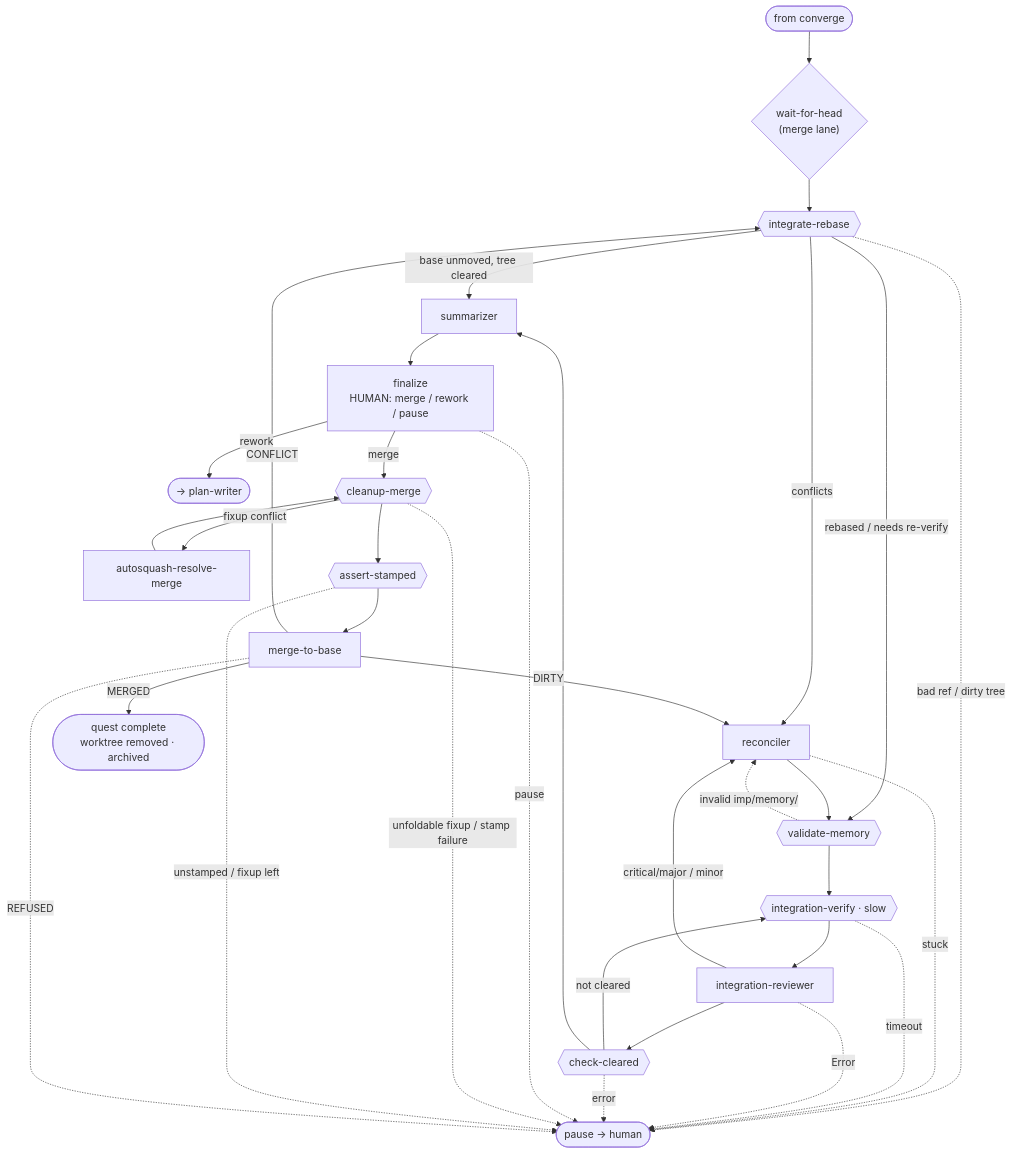
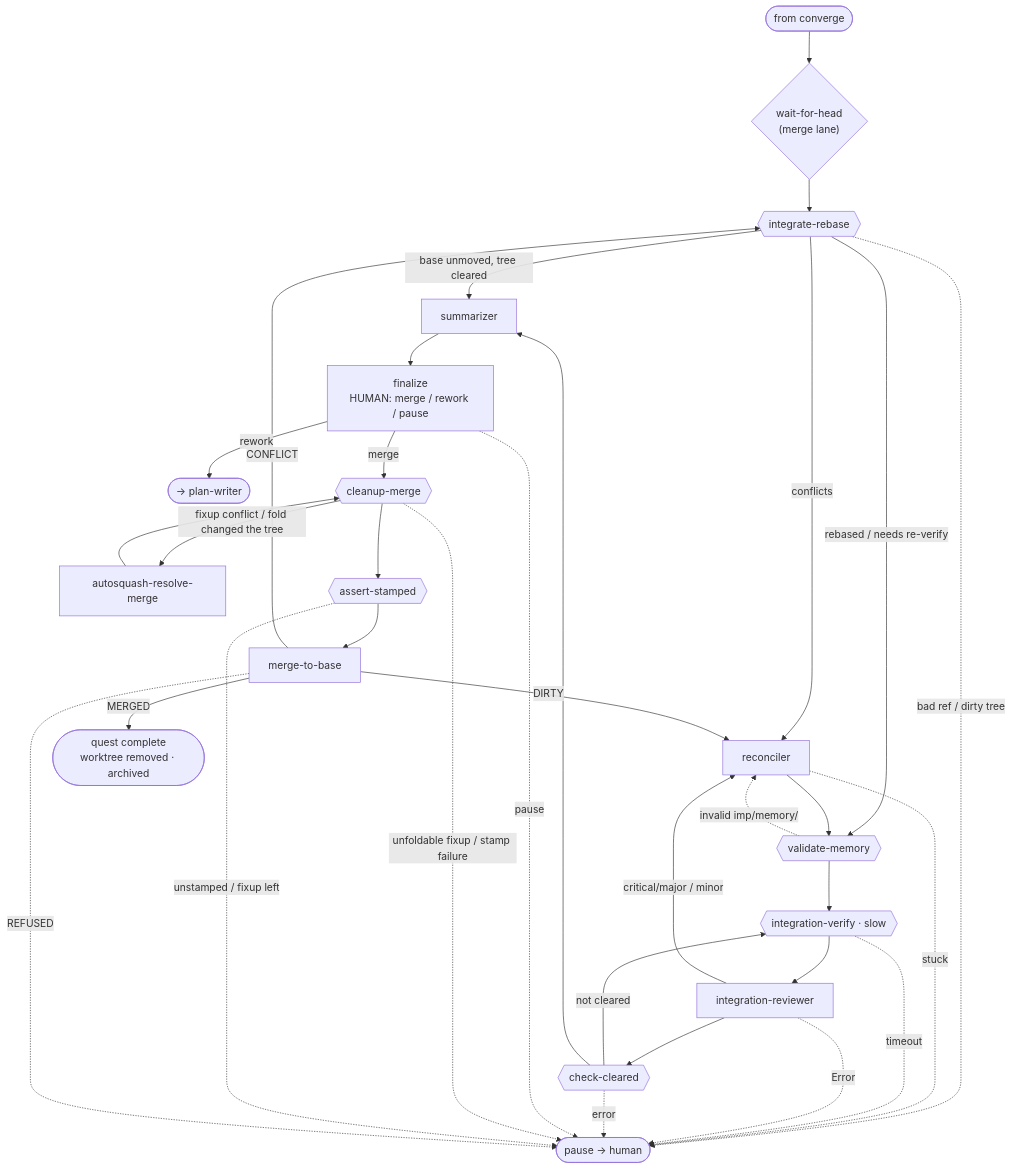
Diagram 13 of 13 in docs/internals/architecture.md (jpoimboe/imp), drawn with Mermaid before and after one commit. The commit also changed other lines of this file and 1 other file, not shown here.

Commit message:
docs: name both autosquash-resolve entry modes
Quest: miri66

````diff
--- a/docs/internals/architecture.md
+++ b/docs/internals/architecture.md
@@ -298,35 +298,35 @@
 ```mermaid
 flowchart TD
   in([from converge]) --> WFH{"wait-for-head<br/>(merge lane)"}
   WFH --> IR{{"integrate-rebase"}}
   IR -->|"base unmoved, tree cleared"| SUM
   IR -->|"rebased / needs re-verify"| VM
   IR -->|conflicts| REC["reconciler"]
   IR -. "bad ref / dirty tree" .-> HUMAN([pause → human])
   REC --> VM{{"validate-memory"}}
   REC -. stuck .-> HUMAN
   VM -. "invalid imp/memory/" .-> REC
   VM --> IV{{"integration-verify · slow"}}
   IV -. timeout .-> HUMAN
   IV --> IRV["integration-reviewer"]
   IRV -->|"critical/major / minor"| REC
   IRV -. Error .-> HUMAN
   IRV --> CC{{"check-cleared"}}
   CC -->|"not cleared"| IV
   CC -. error .-> HUMAN
   CC --> SUM["summarizer"]
   SUM --> FIN["finalize<br/>HUMAN: merge / rework / pause"]
   FIN -->|rework| back([→ plan-writer])
   FIN -. pause .-> HUMAN
   FIN -->|merge| CM{{"cleanup-merge"}}
-  CM -->|"fixup conflict"| ASR["autosquash-resolve-merge"]
+  CM -->|"fixup conflict / fold changed the tree"| ASR["autosquash-resolve-merge"]
   ASR --> CM
   CM -. "unfoldable fixup / stamp failure" .-> HUMAN
   CM --> AST{{"assert-stamped"}}
   AST -. "unstamped / fixup left" .-> HUMAN
   AST --> M2B["merge-to-base"]
   M2B -->|MERGED| done([quest complete<br/>worktree removed · archived])
   M2B -->|CONFLICT| IR
   M2B -->|DIRTY| REC
   M2B -. REFUSED .-> HUMAN
 ```
````
